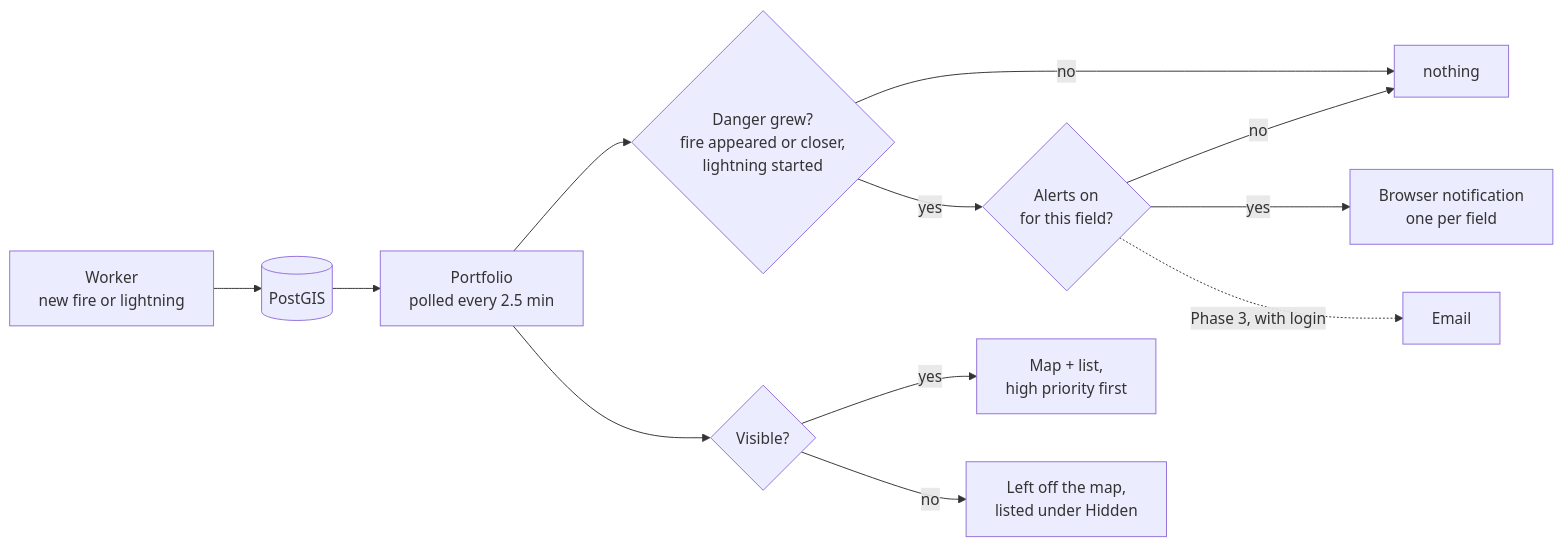
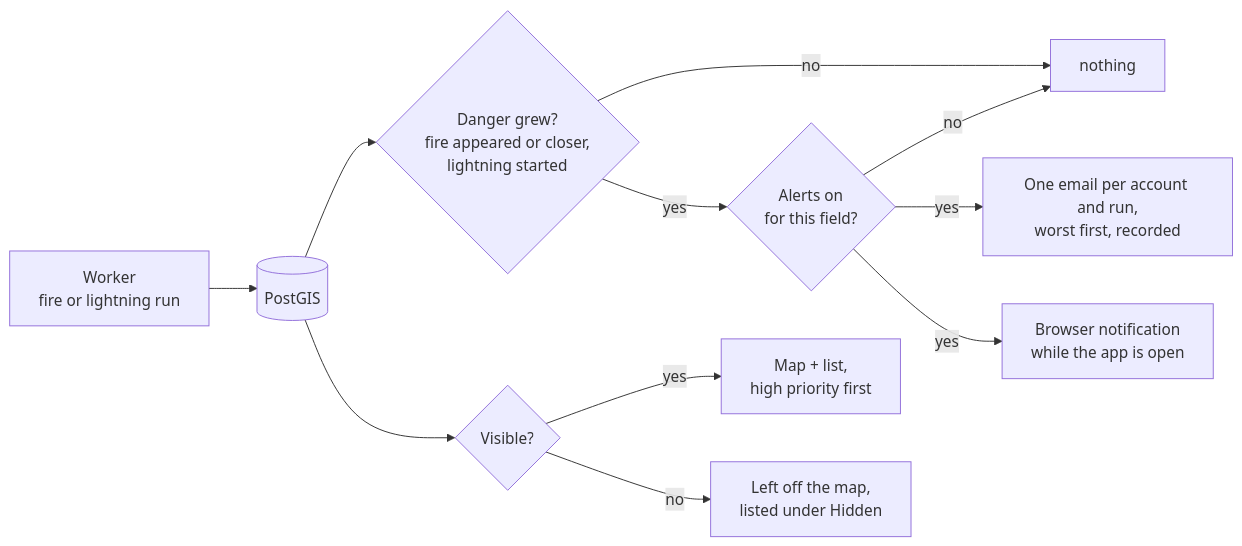
One commit to nickyperrone/Fire-Detection-System changed the ninth of 11 diagrams in README.md. Above: the diagram before and after it, drawn with Mermaid. The commit also changed other lines of this file, not shown here.

Commit message:
Draw sign-in and email alerts in the README

````diff
--- a/README.md
+++ b/README.md
@@ -293,14 +326,13 @@
 ```mermaid
 flowchart LR
-    W["Worker<br/>new fire or lightning"] --> DB[("PostGIS")]
-    DB --> P["Portfolio<br/>polled every 2.5 min"]
-    P --> G{"Danger grew?<br/>fire appeared or closer,<br/>lightning started"}
+    W["Worker<br/>fire or lightning run"] --> DB[("PostGIS")]
+    DB --> G{"Danger grew?<br/>fire appeared or closer,<br/>lightning started"}
     G -- no --> X["nothing"]
     G -- yes --> A{"Alerts on<br/>for this field?"}
     A -- no --> X
-    A -- yes --> N["Browser notification<br/>one per field"]
-    A -. "Phase 3, with login" .-> E["Email"]
-    P --> V{"Visible?"}
+    A -- yes --> E["One email per account and run,<br/>worst first, recorded"]
+    A -- yes --> N["Browser notification<br/>while the app is open"]
+    DB --> V{"Visible?"}
     V -- yes --> M["Map + list,<br/>high priority first"]
     V -- no --> H["Left off the map,<br/>listed under Hidden"]
 ```
````
